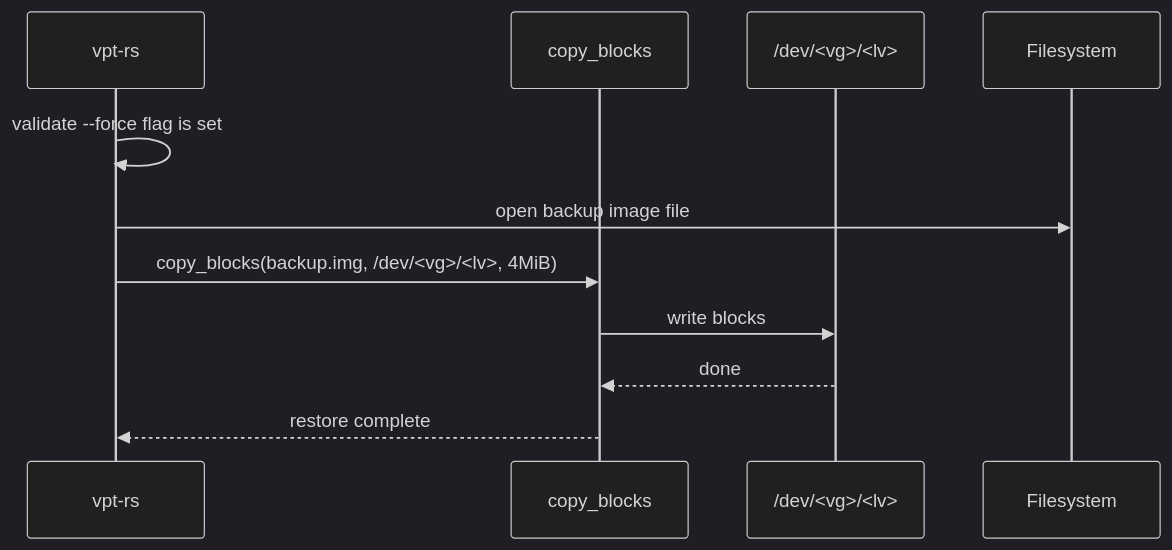
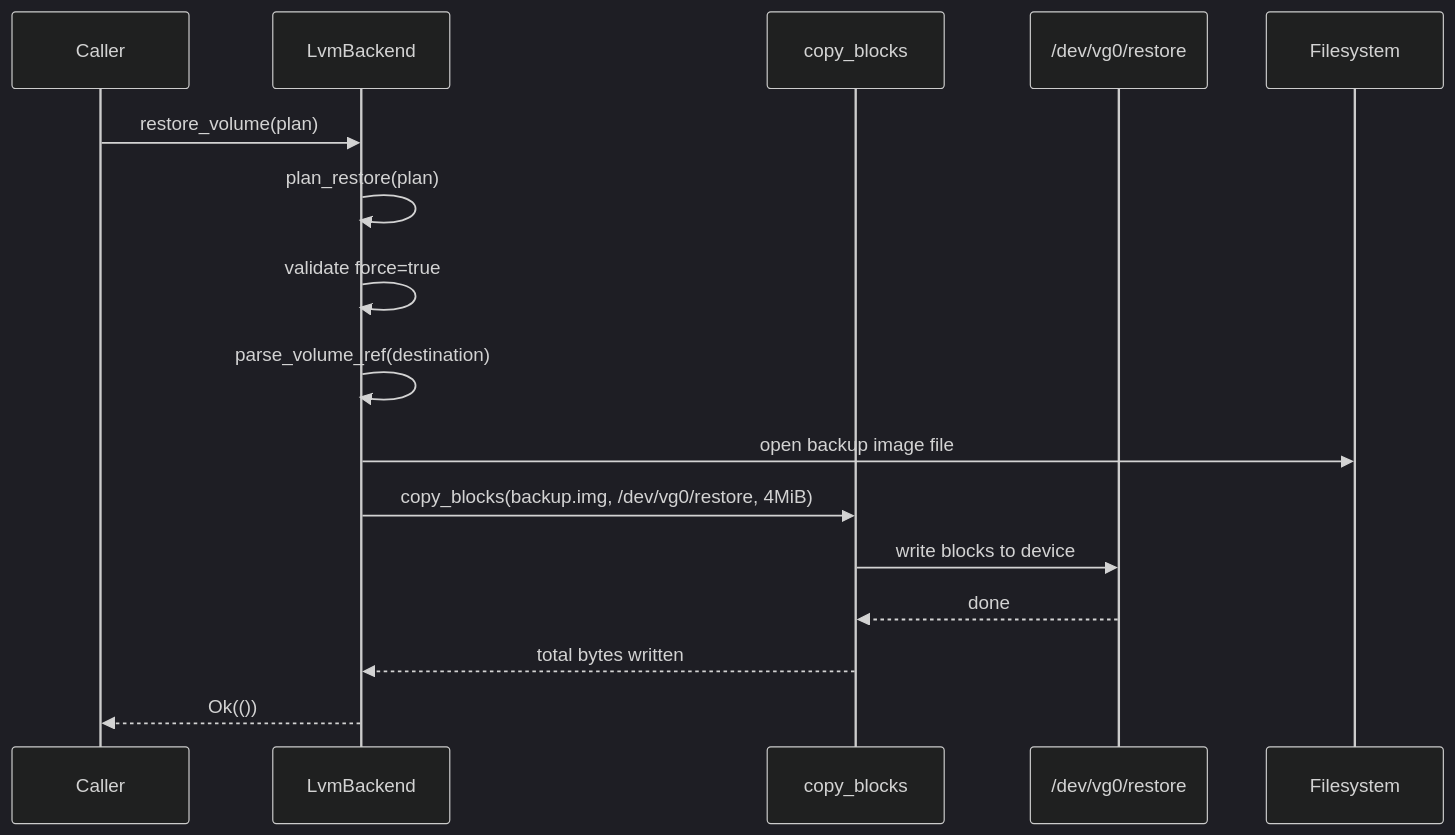
One commit to XUranus/vpt-rs changed the fourth of 5 diagrams in wiki/docs/providers/lvm.md. Above: the diagram before and after it, drawn with Mermaid (dark theme). The commit also changed other lines of this file and 52 other files, not shown here.

First line of the commit message:
Enhance wiki: mermaid rendering, detailed content, i18n (zh-Hans)

````diff
--- a/wiki/docs/providers/lvm.md
+++ b/wiki/docs/providers/lvm.md
@@ -155,15 +504,21 @@
 ```mermaid
 sequenceDiagram
-    participant App as vpt-rs
+    participant Caller
+    participant Backend as LvmBackend
     participant Copy as copy_blocks
-    participant LV as /dev/<vg>/<lv>
+    participant LV as /dev/vg0/restore
     participant FS as Filesystem
 
-    App->>App: validate --force flag is set
+    Caller->>Backend: restore_volume(plan)
+    Backend->>Backend: plan_restore(plan)
+    Backend->>Backend: validate force=true
+    Backend->>Backend: parse_volume_ref(destination)
 
-    App->>FS: open backup image file
-    App->>Copy: copy_blocks(backup.img, /dev/<vg>/<lv>, 4MiB)
-    Copy->>LV: write blocks
+    Backend->>FS: open backup image file
+    Backend->>Copy: copy_blocks(backup.img, /dev/vg0/restore, 4MiB)
+    Copy->>LV: write blocks to device
     LV-->>Copy: done
-    Copy-->>App: restore complete
+    Copy-->>Backend: total bytes written
+
+    Backend-->>Caller: Ok(())
 ```
````
